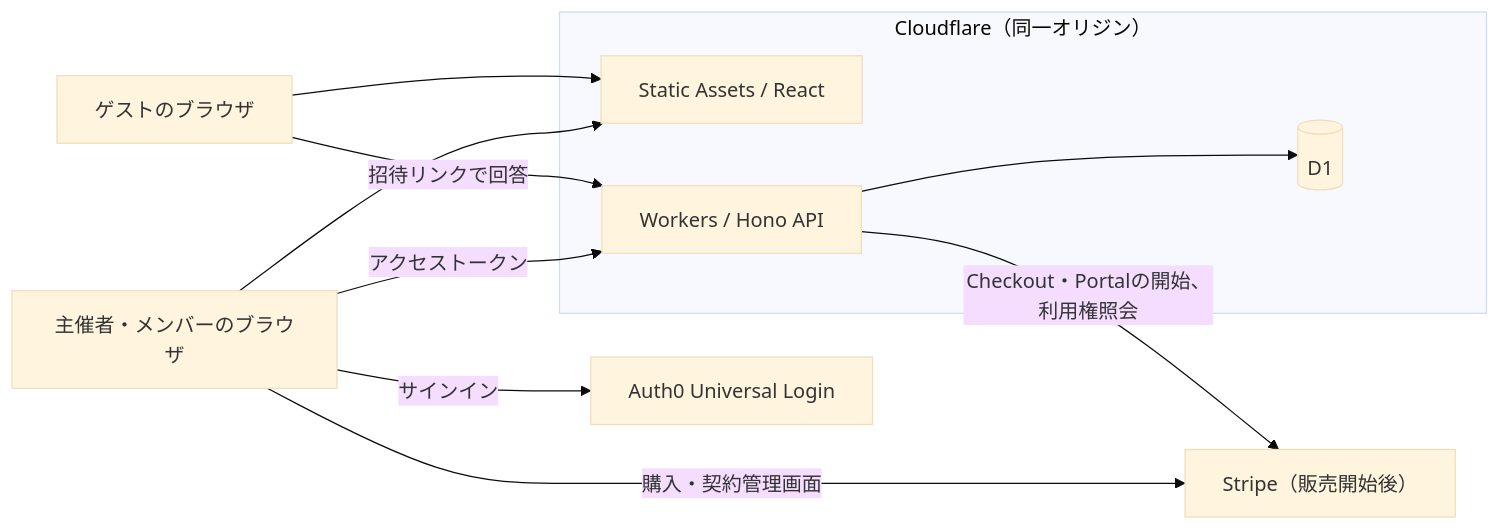
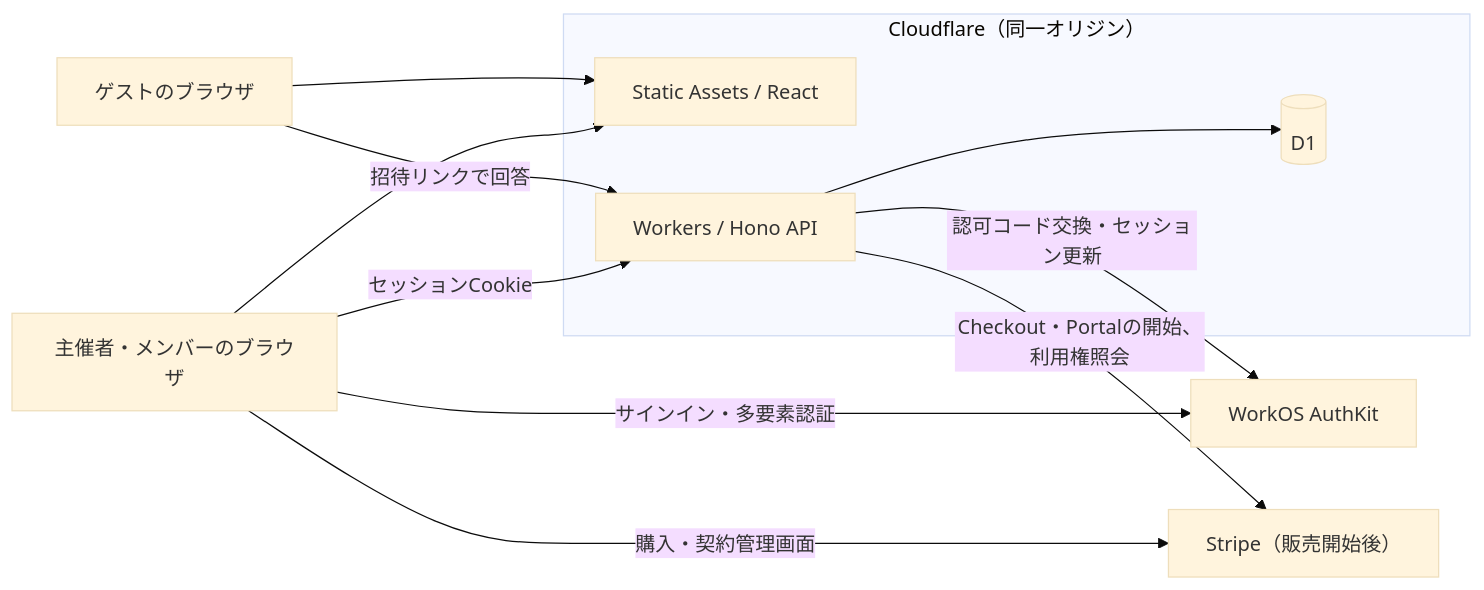
The diagram in docs/architecture.md (Riku10145/sorouyo), drawn with Mermaid (base theme) before and after one commit. The commit also changed other lines of this file and 1 other file, not shown here.

Commit message:
docs: 会員認証にWorkOS AuthKitとTOTPを採用

````diff
--- a/docs/architecture.md
+++ b/docs/architecture.md
@@ -20,20 +20,21 @@
 ```mermaid
 flowchart LR
     Host["主催者・メンバーのブラウザ"]
     Guest["ゲストのブラウザ"]
     subgraph CF["Cloudflare（同一オリジン）"]
         Web["Static Assets / React"]
         API["Workers / Hono API"]
         DB[("D1")]
         API --> DB
     end
-    Auth["Auth0 Universal Login"]
+    Auth["WorkOS AuthKit"]
     Pay["Stripe（販売開始後）"]
     Host --> Web
     Guest --> Web
-    Host -->|"サインイン"| Auth
-    Host -->|"アクセストークン"| API
+    Host -->|"サインイン・多要素認証"| Auth
+    Host -->|"セッションCookie"| API
+    API -->|"認可コード交換・セッション更新"| Auth
     Guest -->|"招待リンクで回答"| API
     Host -->|"購入・契約管理画面"| Pay
     API -->|"Checkout・Portalの開始、利用権照会"| Pay
 ```
````
